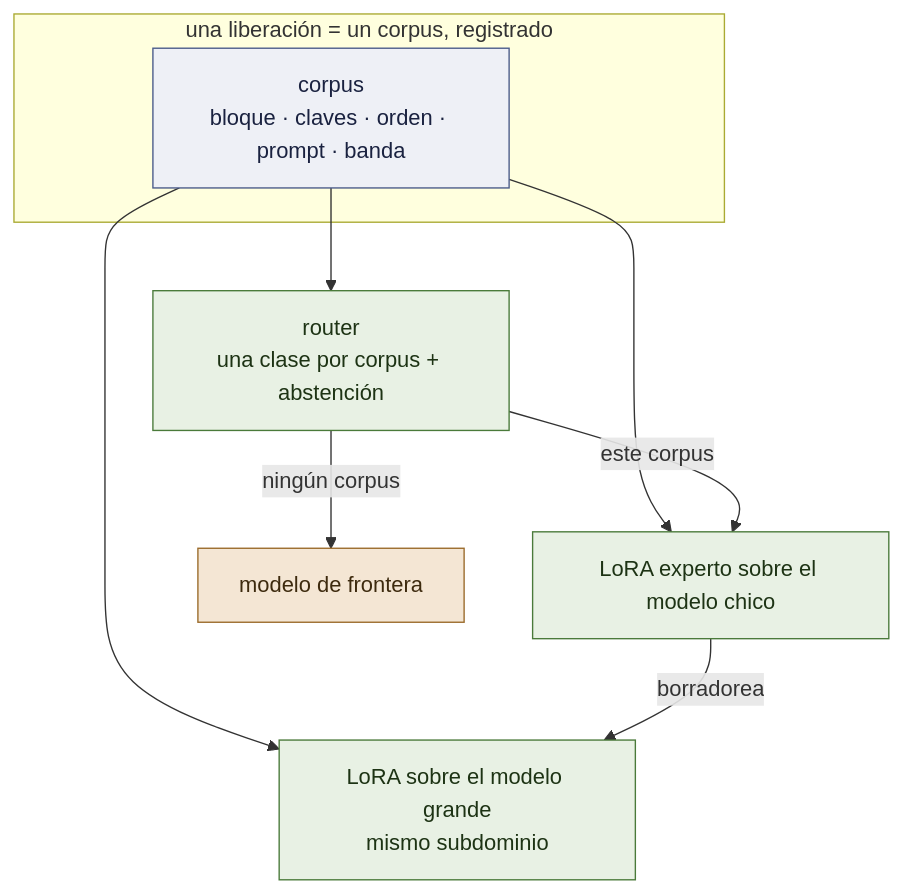
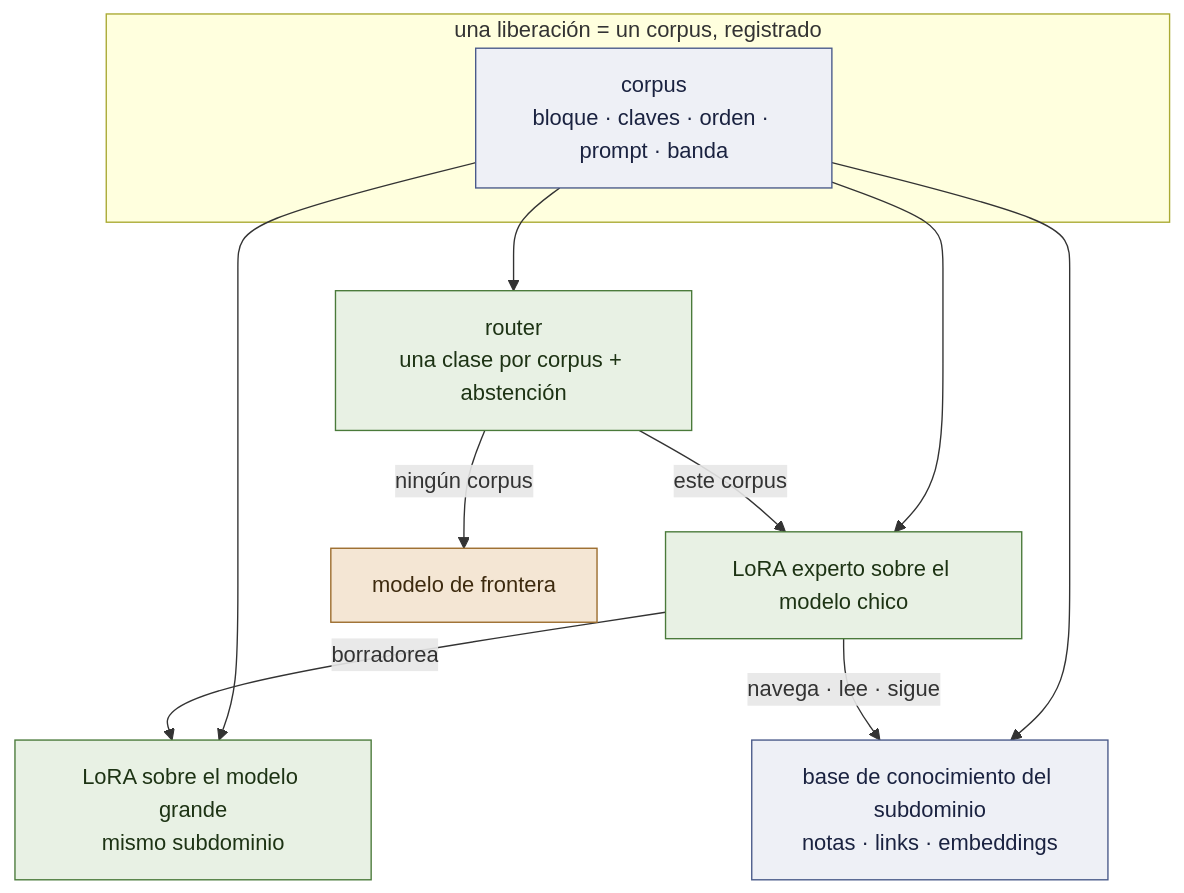
Before and after one commit to EvolvingAgentsLabs/lora-kernel: the first of 3 diagrams in docs/es/ARCHITECTURE.md, drawn with Mermaid. The commit also changed other lines of this file and 23 other files, not shown here.

````diff
--- a/docs/es/ARCHITECTURE.md
+++ b/docs/es/ARCHITECTURE.md
@@ -25,18 +26,20 @@
 ```mermaid
 flowchart TB
     subgraph REL["una liberación = un corpus, registrado"]
         K["corpus<br>bloque · claves · orden · prompt · banda"]
     end
     K --> E["LoRA experto sobre el modelo chico"]
     K --> T["LoRA sobre el modelo grande<br>mismo subdominio"]
     K --> R["router<br>una clase por corpus + abstención"]
+    K --> B["base de conocimiento del subdominio<br>notas · links · embeddings"]
+    E -- "navega · lee · sigue" --> B
     R -- "este corpus" --> E
     E -- "borradorea" --> T
     R -- "ningún corpus" --> F["modelo de frontera"]
     classDef art fill:#eef0f6,stroke:#4a5a8a,color:#1a2240
     classDef local fill:#e8f1e4,stroke:#4a7a3a,color:#1d3314
     classDef out fill:#f4e6d4,stroke:#9a6a2a,color:#3d2a0e
-    class K art
+    class K,B art
     class E,T,R local
     class F out
 ```
````
